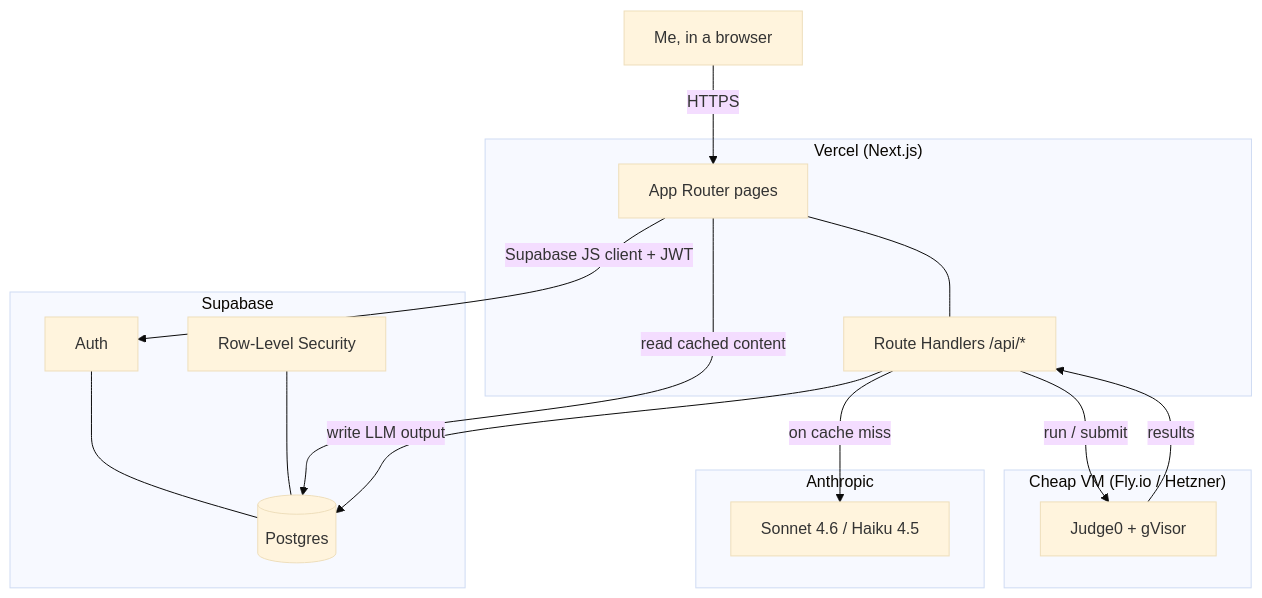
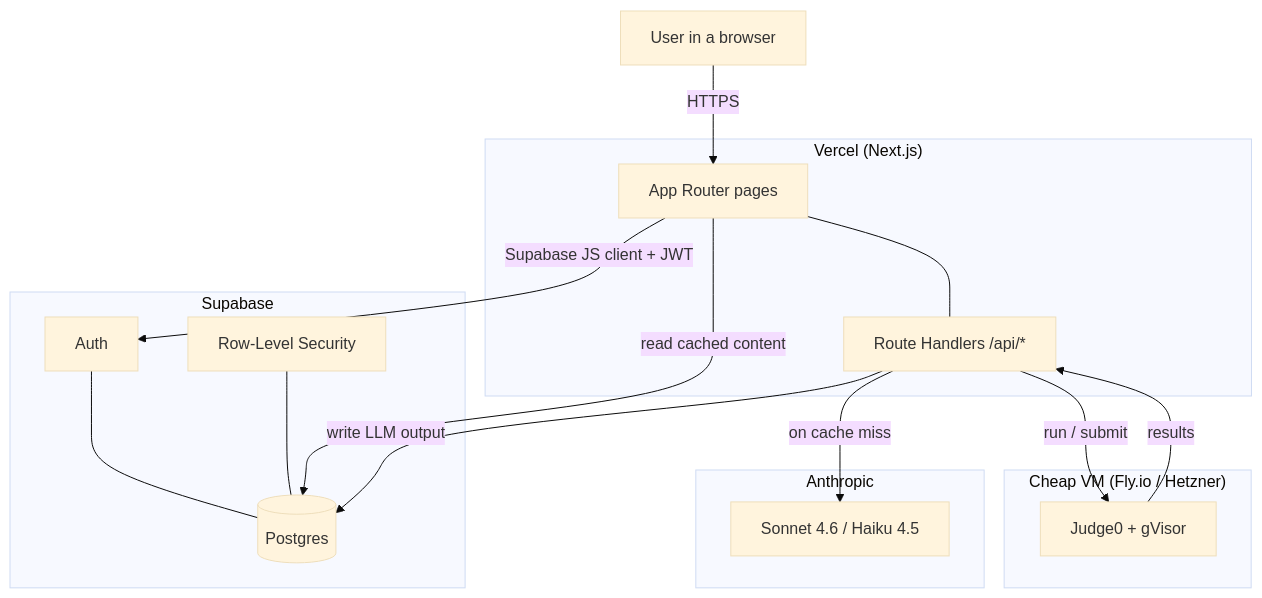
Before and after one commit to 1RaghavM/cpp-course: the first of 5 diagrams in proj-specs/design.md, drawn with Mermaid (base theme). The commit also changed other lines of this file and 23 other files, not shown here.

````diff
--- a/proj-specs/design.md
+++ b/proj-specs/design.md
@@ -11,34 +11,34 @@
 ```mermaid
 flowchart TB
-    Me[Me, in a browser]
+    User[User in a browser]
 
     subgraph Vercel["Vercel (Next.js)"]
         Pages[App Router pages]
         APIRoutes[Route Handlers /api/*]
         Pages --- APIRoutes
     end
 
     subgraph Supabase["Supabase"]
         Auth[Auth]
         PG[(Postgres)]
         RLS[Row-Level Security]
         Auth --- PG
         RLS --- PG
     end
 
     subgraph SandboxVM["Cheap VM (Fly.io / Hetzner)"]
         Judge0[Judge0 + gVisor]
     end
 
     subgraph Anthropic["Anthropic"]
         Claude[Sonnet 4.6 / Haiku 4.5]
     end
 
-    Me -->|HTTPS| Pages
+    User -->|HTTPS| Pages
     Pages -->|Supabase JS client + JWT| Auth
     Pages -->|read cached content| PG
     APIRoutes -->|on cache miss| Claude
     APIRoutes -->|write LLM output| PG
     APIRoutes -->|run / submit| Judge0
     Judge0 -->|results| APIRoutes
 ```
````
